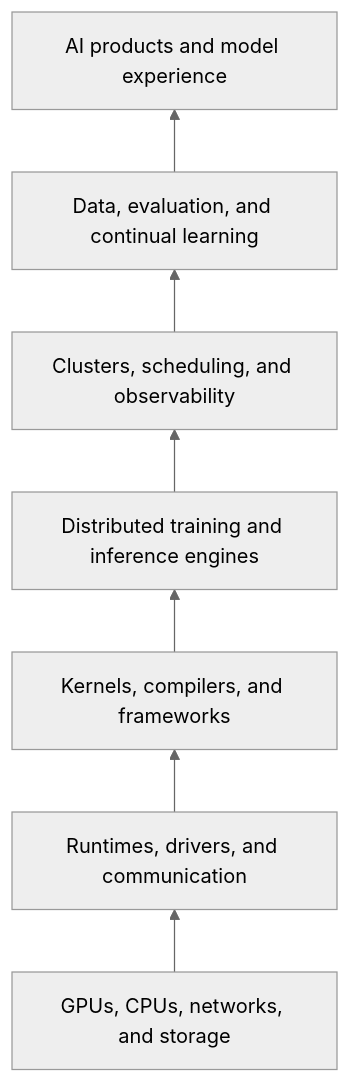
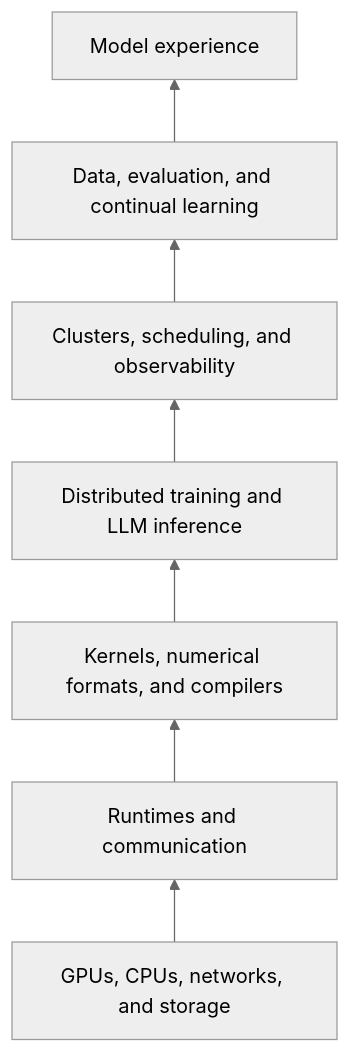
One commit to tianyi-zhang-02/cooking-agi changed the diagram in ai-infra/README.en.md. Above: the diagram before and after it, drawn with Mermaid (neutral theme). The commit also changed other lines of this file and 41 other files, not shown here.

````diff
--- a/ai-infra/README.en.md
+++ b/ai-infra/README.en.md
@@ -25,9 +11,9 @@
 ```mermaid
 flowchart BT
-    A[GPUs, CPUs, networks, and storage] --> B[Runtimes, drivers, and communication]
-    B --> C[Kernels, compilers, and frameworks]
-    C --> D[Distributed training and inference engines]
+    A[GPUs, CPUs, networks, and storage] --> B[Runtimes and communication]
+    B --> C[Kernels, numerical formats, and compilers]
+    C --> D[Distributed training and LLM inference]
     D --> E[Clusters, scheduling, and observability]
     E --> F[Data, evaluation, and continual learning]
-    F --> G[AI products and model experience]
+    F --> G[Model experience]
 ```
````
